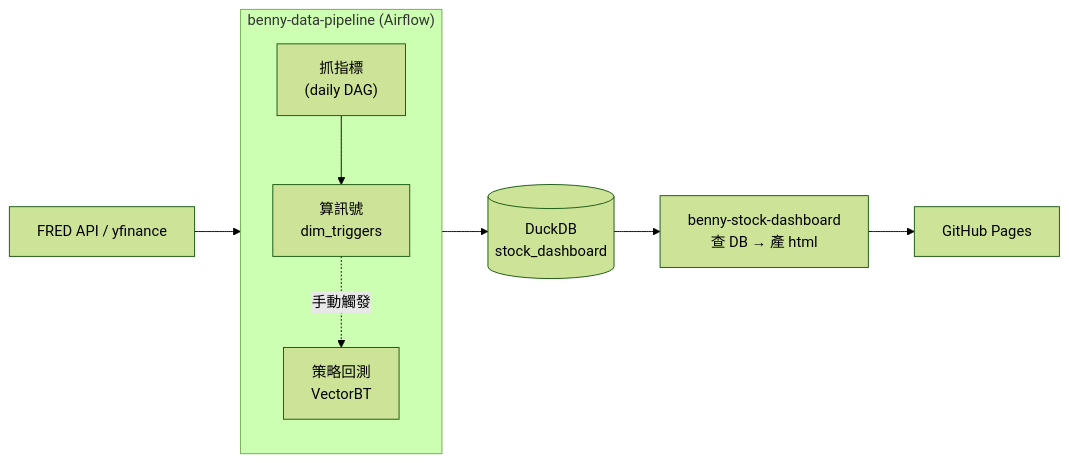
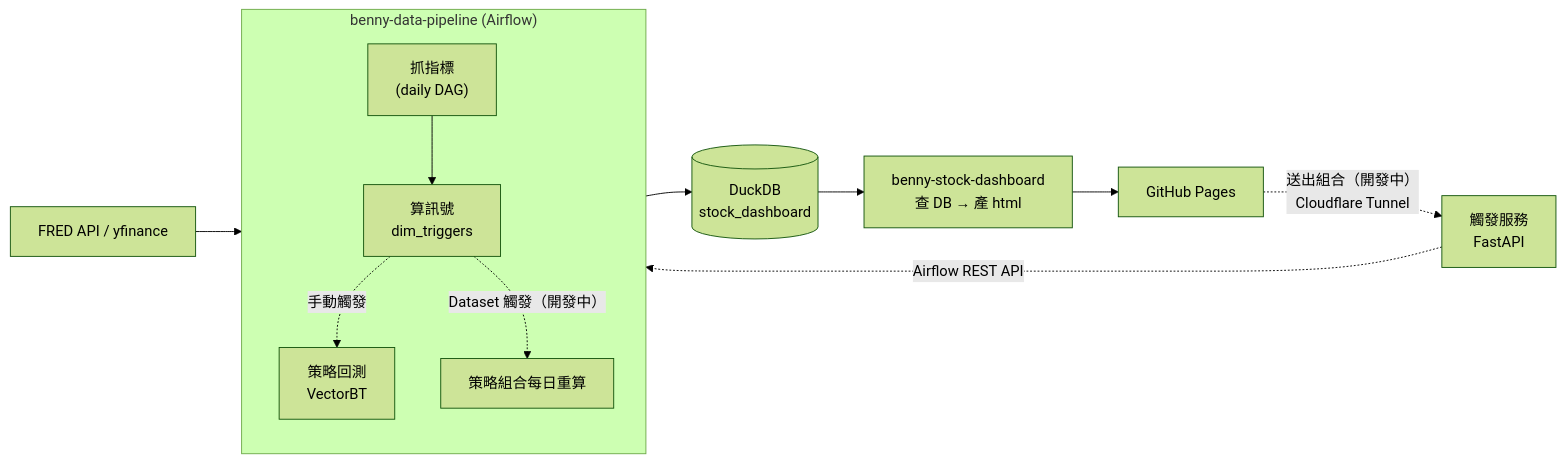
The diagram in README.md (Benny0624/benny-stock-dashboard), drawn with Mermaid (forest theme) before and after one commit. The commit also changed other lines of this file and 2 other files, not shown here.

````diff
--- a/README.md
+++ b/README.md
@@ -120,12 +145,15 @@
 ```mermaid
 flowchart LR
     Src["FRED API / yfinance"] --> Pipe
     subgraph Pipe["benny-data-pipeline (Airflow)"]
         direction TB
         A["抓指標<br/>(daily DAG)"] --> B["算訊號<br/>dim_triggers"]
         B -.->|手動觸發| C["策略回測<br/>VectorBT"]
+        B -.->|"Dataset 觸發（開發中）"| D["策略組合每日重算"]
     end
     Pipe --> DB[("DuckDB<br/>stock_dashboard")]
     DB --> Dash["benny-stock-dashboard<br/>查 DB → 產 html"]
     Dash --> Pages["GitHub Pages"]
+    Pages -.->|"送出組合（開發中）<br/>Cloudflare Tunnel"| Svc["觸發服務<br/>FastAPI"]
+    Svc -.->|"Airflow REST API"| Pipe
 ```
````
